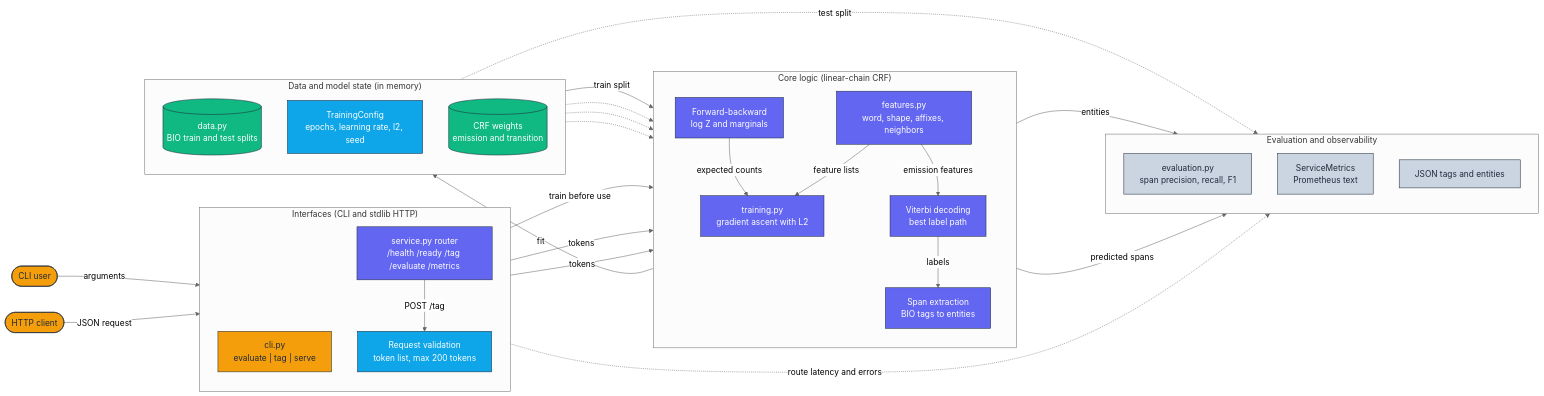
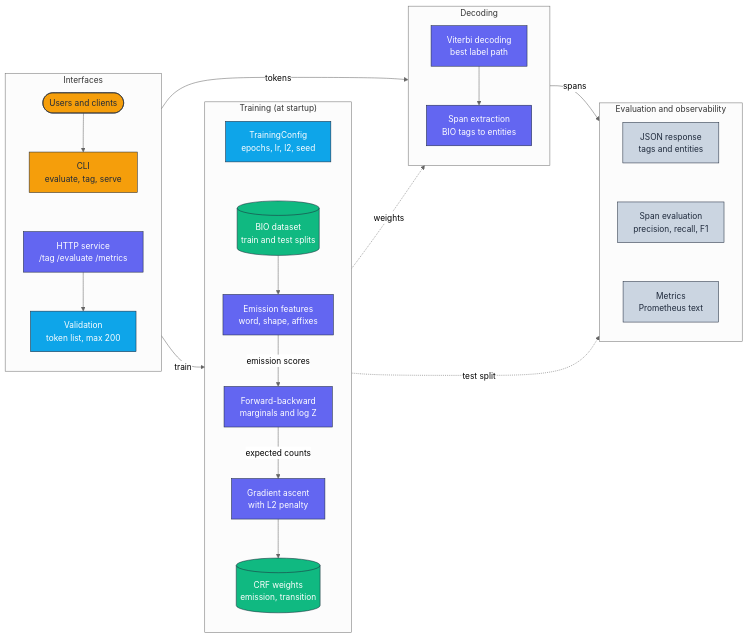
Before and after one commit to adeoluo/crf-sequence-labeler: the diagram in docs/architecture/architecture.mmd, drawn with Mermaid (neutral theme). The commit also changed 1 other file, not shown here.

Commit message:
docs: compact horizontal architecture diagram

```diff
--- a/docs/architecture/architecture.mmd
+++ b/docs/architecture/architecture.mmd
@@ -1,59 +1,48 @@
 flowchart LR
     classDef edge     fill:#F59E0B,stroke:#1E293B,color:#1E293B,stroke-width:1px;
     classDef core     fill:#6366F1,stroke:#1E293B,color:#ffffff,stroke-width:1px;
     classDef data     fill:#10B981,stroke:#1E293B,color:#ffffff,stroke-width:1px;
     classDef control  fill:#0EA5E9,stroke:#1E293B,color:#ffffff,stroke-width:1px;
     classDef obs      fill:#CBD5E1,stroke:#1E293B,color:#1E293B,stroke-width:1px;
 
-    User([CLI user]):::edge
-    Client([HTTP client]):::edge
-
-    subgraph Interfaces["Interfaces (CLI and stdlib HTTP)"]
+    subgraph Interfaces["Interfaces"]
         direction TB
-        CLI["cli.py<br/>evaluate | tag | serve"]:::edge
-        Router["service.py router<br/>/health /ready /tag /evaluate /metrics"]:::core
-        Validate["Request validation<br/>token list, max 200 tokens"]:::control
+        Users([Users and clients]):::edge
+        CLI["CLI<br/>evaluate, tag, serve"]:::edge
+        Router["HTTP service<br/>/tag /evaluate /metrics"]:::core
+        Validate["Validation<br/>token list, max 200"]:::control
+        Users --> CLI ~~~ Router --> Validate
     end
 
-    subgraph Core["Core logic (linear-chain CRF)"]
+    subgraph Train["Training (at startup)"]
         direction TB
-        Features["features.py<br/>word, shape, affixes, neighbors"]:::core
-        Trainer["training.py<br/>gradient ascent with L2"]:::core
-        FB["Forward-backward<br/>log Z and marginals"]:::core
+        Dataset[("BIO dataset<br/>train and test splits")]:::data
+        Features["Emission features<br/>word, shape, affixes"]:::core
+        FB["Forward-backward<br/>marginals and log Z"]:::core
+        Trainer["Gradient ascent<br/>with L2 penalty"]:::core
+        Config["TrainingConfig<br/>epochs, lr, l2, seed"]:::control
+        Weights[("CRF weights<br/>emission, transition")]:::data
+        Config ~~~ Dataset --> Features -->|emission scores| FB
+        FB -->|expected counts| Trainer --> Weights
+    end
+
+    subgraph Decode["Decoding"]
+        direction TB
         Viterbi["Viterbi decoding<br/>best label path"]:::core
         Spans["Span extraction<br/>BIO tags to entities"]:::core
-    end
-
-    subgraph State["Data and model state (in memory)"]
-        direction TB
-        Dataset[("data.py<br/>BIO train and test splits")]:::data
-        Config["TrainingConfig<br/>epochs, learning rate, l2, seed"]:::control
-        Weights[("CRF weights<br/>emission and transition")]:::data
+        Viterbi --> Spans
     end
 
     subgraph Obs["Evaluation and observability"]
         direction TB
-        Eval["evaluation.py<br/>span precision, recall, F1"]:::obs
-        Metrics["ServiceMetrics<br/>Prometheus text"]:::obs
-        Response["JSON tags and entities"]:::obs
+        Response["JSON response<br/>tags and entities"]:::obs
+        Eval["Span evaluation<br/>precision, recall, F1"]:::obs
+        Metrics["Metrics<br/>Prometheus text"]:::obs
+        Response ~~~ Eval ~~~ Metrics
     end
 
-    User -->|arguments| CLI
-    Client -->|JSON request| Router
-    Router -->|POST /tag| Validate
-    CLI -->|train before use| Trainer
-    Dataset -->|train split| Features
-    Features -->|feature lists| Trainer
-    Config -.-> Trainer
-    FB -->|expected counts| Trainer
-    Trainer -->|fit| Weights
-    Weights -.-> FB
-    Validate -->|tokens| Viterbi
-    Features -->|emission features| Viterbi
-    CLI -->|tokens| Viterbi
-    Weights -.-> Viterbi
-    Viterbi -->|labels| Spans
-    Spans -->|entities| Response
-    Dataset -.->|test split| Eval
-    Spans -->|predicted spans| Eval
-    Router -.->|route latency and errors| Metrics
+    Interfaces -->|train| Train
+    Interfaces -->|tokens| Decode
+    Train -.->|weights| Decode
+    Decode -->|spans| Obs
+    Train -.->|test split| Obs
```
